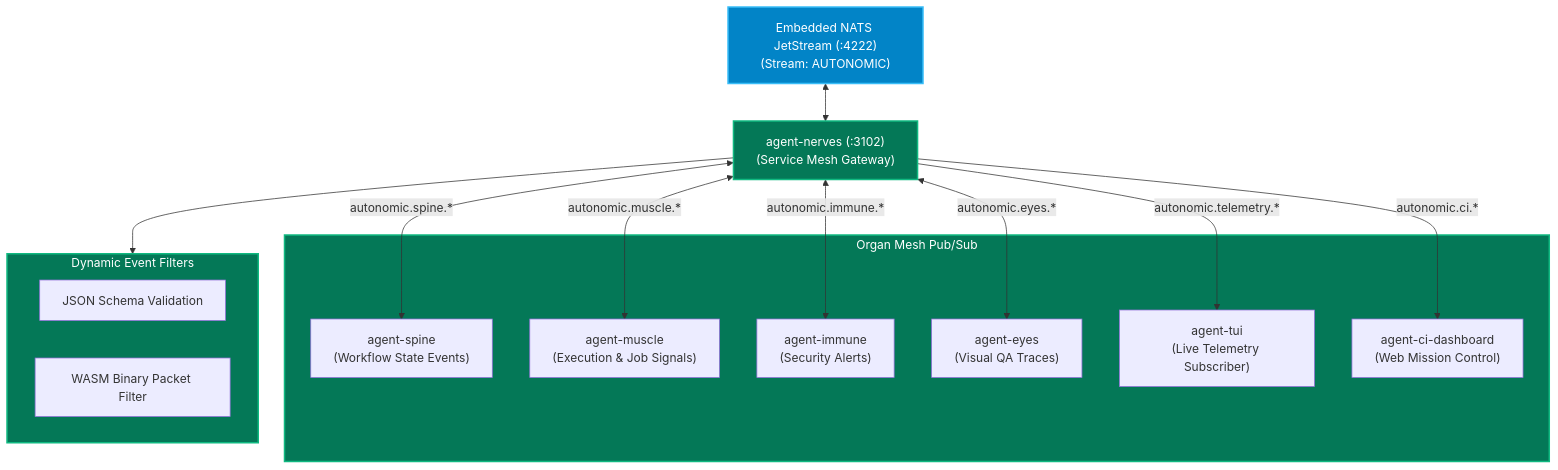
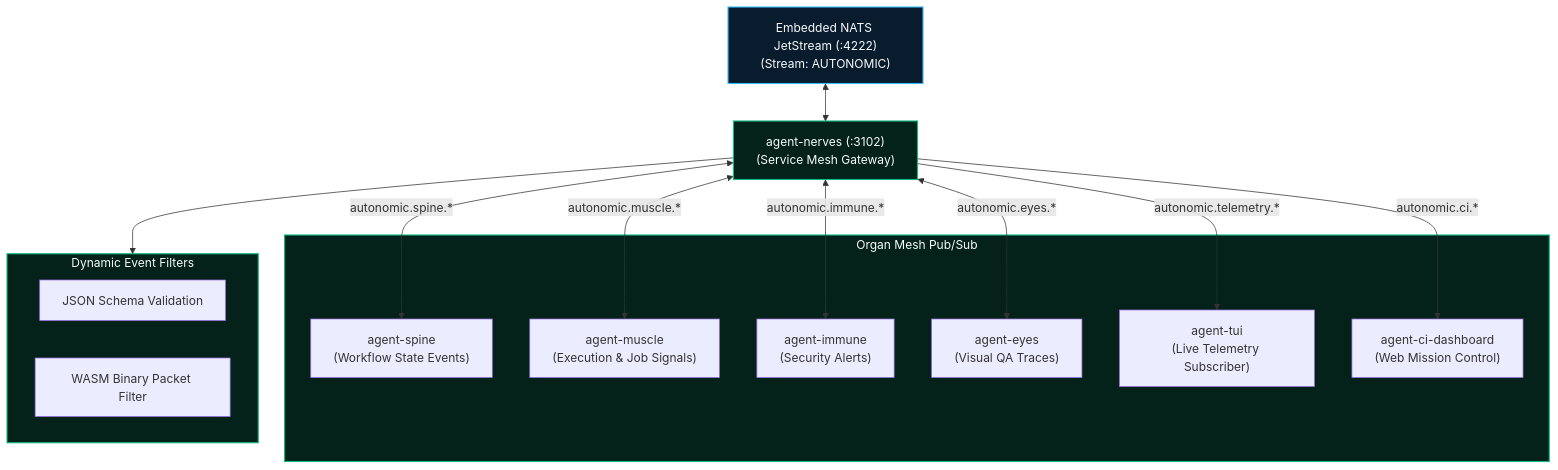
One commit to autonomic-ai-dev/website changed the diagram in src/routes/docs/event-bus/+page.md. Above: the diagram before and after it, drawn with Mermaid. The commit also changed 13 other files, not shown here.

Commit message:
fix(docs): aerospace dark cybernetic palette for Mermaid charts and high-contrast labels

````diff
--- a/src/routes/docs/event-bus/+page.md
+++ b/src/routes/docs/event-bus/+page.md
@@ -9,35 +9,35 @@
 ```mermaid
 flowchart TD
     Broker["Embedded NATS JetStream (:4222)\n(Stream: AUTONOMIC)"]
     Nerves["agent-nerves (:3102)\n(Service Mesh Gateway)"]
     
     Broker <--> Nerves
 
     subgraph Organs["Organ Mesh Pub/Sub"]
         Spine["agent-spine\n(Workflow State Events)"]
         Muscle["agent-muscle\n(Execution & Job Signals)"]
         Immune["agent-immune\n(Security Alerts)"]
         Eyes["agent-eyes\n(Visual QA Traces)"]
         TUI["agent-tui\n(Live Telemetry Subscriber)"]
         CIDash["agent-ci-dashboard\n(Web Mission Control)"]
     end
 
     Nerves <-->|autonomic.spine.*| Spine
     Nerves <-->|autonomic.muscle.*| Muscle
     Nerves <-->|autonomic.immune.*| Immune
     Nerves <-->|autonomic.eyes.*| Eyes
     Nerves -->|autonomic.telemetry.*| TUI
     Nerves -->|autonomic.ci.*| CIDash
 
     subgraph Filtering["Dynamic Event Filters"]
         Rules["JSON Schema Validation"]
         WASM["WASM Binary Packet Filter"]
     end
 
     Nerves --> Filtering
 
-    classDef mesh fill:#047857,stroke:#10b981,stroke-width:2px,color:#ffffff;
-    classDef broker fill:#0284c7,stroke:#38bdf8,stroke-width:2px,color:#ffffff;
+    classDef mesh fill:#04211a,stroke:#10b981,stroke-width:1.5px,color:#f8fafc;
+    classDef broker fill:#081c2e,stroke:#38bdf8,stroke-width:1.5px,color:#f8fafc;
     class Broker broker;
     class Nerves,Organs,Filtering mesh;
 ```
````
